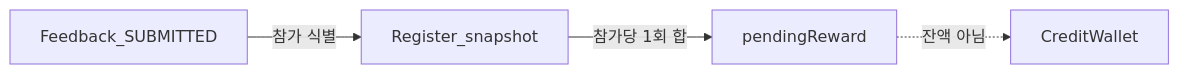
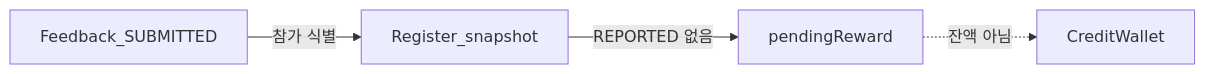
Before and after one commit to likelion-backendschool-9th/test-moa: the diagram in docs/backend/credit-balance-ledger.md, drawn with Mermaid. The commit also changed other lines of this file and 2 other files, not shown here.

Commit message:
Docs: #66 SUBMITTED·REPORTED 혼합 시 참가 전체 보류 규칙을 반영한다

````diff
--- a/docs/backend/credit-balance-ledger.md
+++ b/docs/backend/credit-balance-ledger.md
@@ -96,6 +88,6 @@
 ```mermaid
 flowchart LR
   F[Feedback_SUBMITTED] -->|참가 식별| R[Register_snapshot]
-  R -->|참가당 1회 합| P[pendingReward]
+  R -->|REPORTED 없음| P[pendingReward]
   P -.->|잔액 아님| W[CreditWallet]
 ```
````
